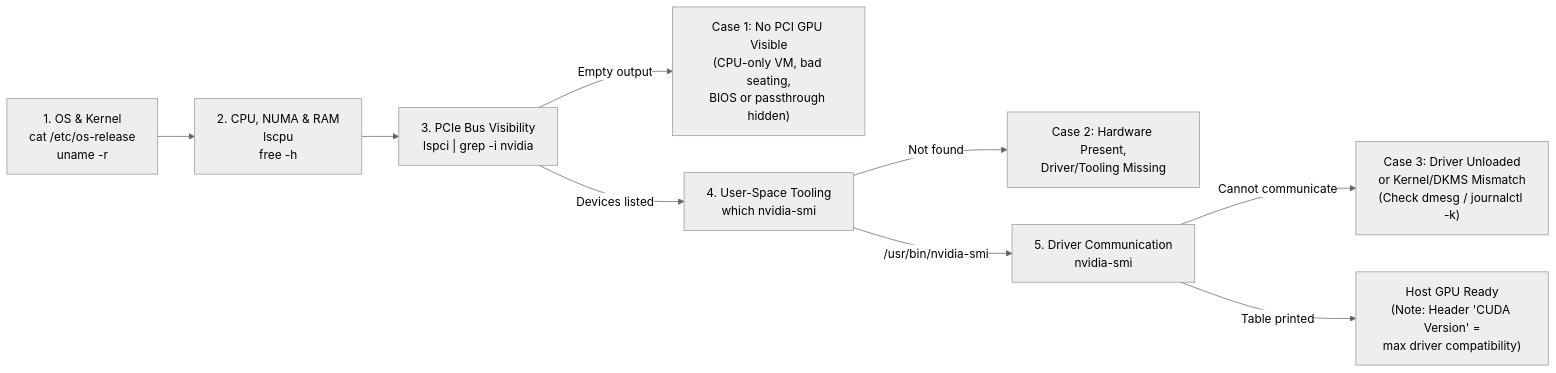
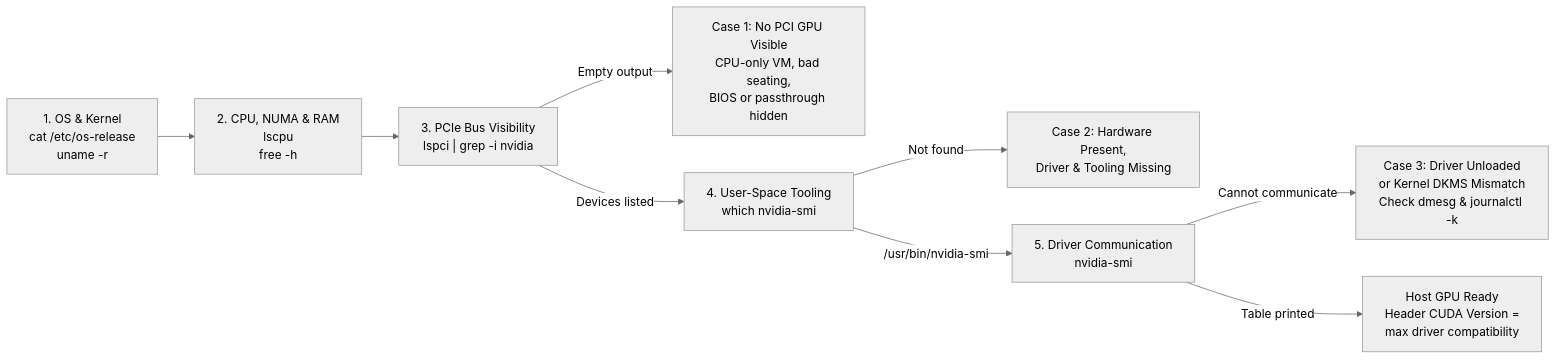
Before and after one commit to jithinpnjm/ai-infra-handbook: the seventh of 7 diagrams in docs/part-10-gpu-cuda/01-why-gpus-cpu-versus-gpu-and-throughput-design.md, drawn with Mermaid (neutral theme). The commit also changed other lines of this file and 503 other files, not shown here.

````diff
--- a/docs/part-10-gpu-cuda/01-why-gpus-cpu-versus-gpu-and-throughput-design.md
+++ b/docs/part-10-gpu-cuda/01-why-gpus-cpu-versus-gpu-and-throughput-design.md
@@ -494,11 +531,11 @@
 ```mermaid
 flowchart LR
     S1["1. OS & Kernel<br/>cat /etc/os-release<br/>uname -r"] --> S2["2. CPU, NUMA & RAM<br/>lscpu<br/>free -h"]
     S2 --> S3["3. PCIe Bus Visibility<br/>lspci | grep -i nvidia"]
-    S3 -->|"Empty output"| F1["Case 1: No PCI GPU Visible<br/>(CPU-only VM, bad seating,<br/>BIOS or passthrough hidden)"]
+    S3 -->|"Empty output"| F1["Case 1: No PCI GPU Visible<br/>CPU-only VM, bad seating,<br/>BIOS or passthrough hidden"]
     S3 -->|"Devices listed"| S4["4. User-Space Tooling<br/>which nvidia-smi"]
-    S4 -->|"Not found"| F2["Case 2: Hardware Present,<br/>Driver/Tooling Missing"]
+    S4 -->|"Not found"| F2["Case 2: Hardware Present,<br/>Driver & Tooling Missing"]
     S4 -->|"/usr/bin/nvidia-smi"| S5["5. Driver Communication<br/>nvidia-smi"]
-    S5 -->|"Cannot communicate"| F3["Case 3: Driver Unloaded<br/>or Kernel/DKMS Mismatch<br/>(Check dmesg / journalctl -k)"]
-    S5 -->|"Table printed"| OK["Host GPU Ready<br/>(Note: Header 'CUDA Version' =<br/>max driver compatibility)"]
+    S5 -->|"Cannot communicate"| F3["Case 3: Driver Unloaded<br/>or Kernel DKMS Mismatch<br/>Check dmesg & journalctl -k"]
+    S5 -->|"Table printed"| OK["Host GPU Ready<br/>Header CUDA Version =<br/>max driver compatibility"]
 ```
````
